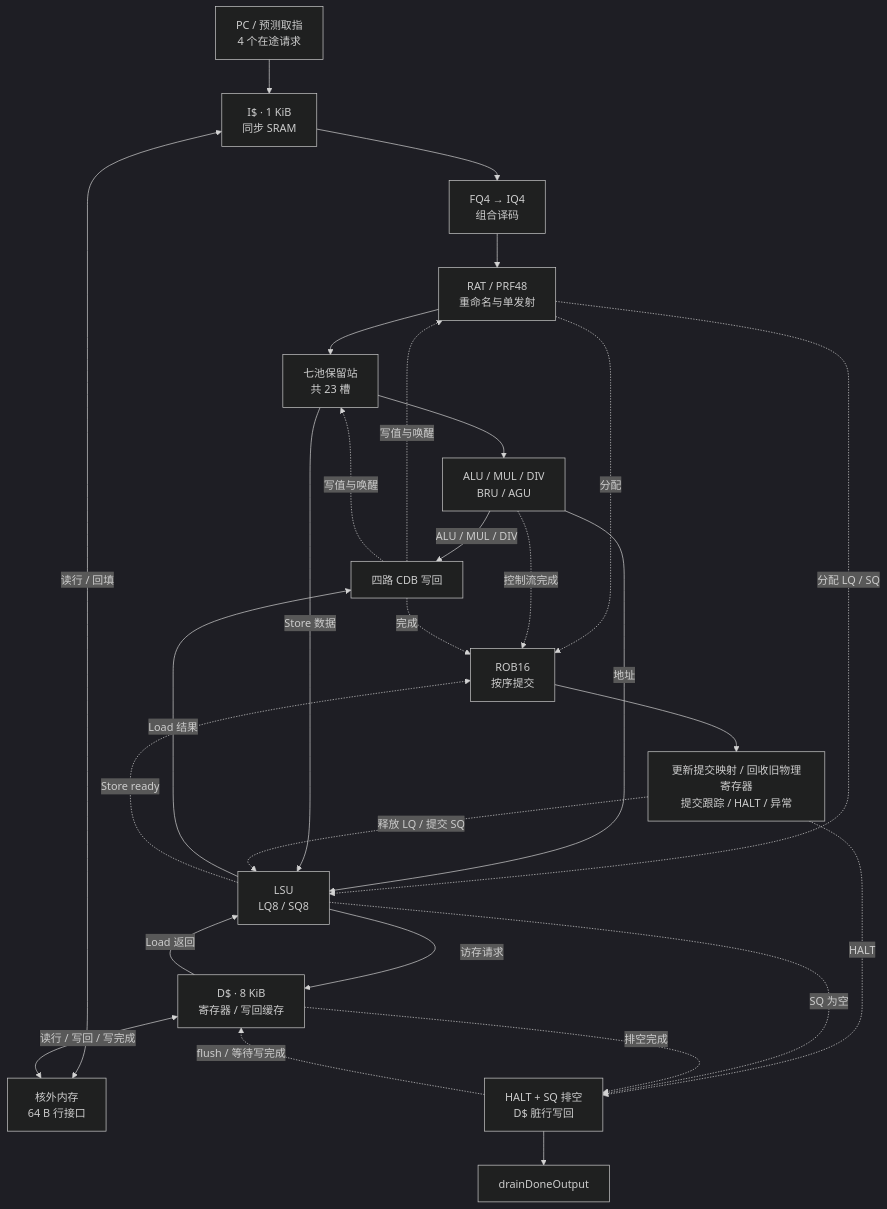
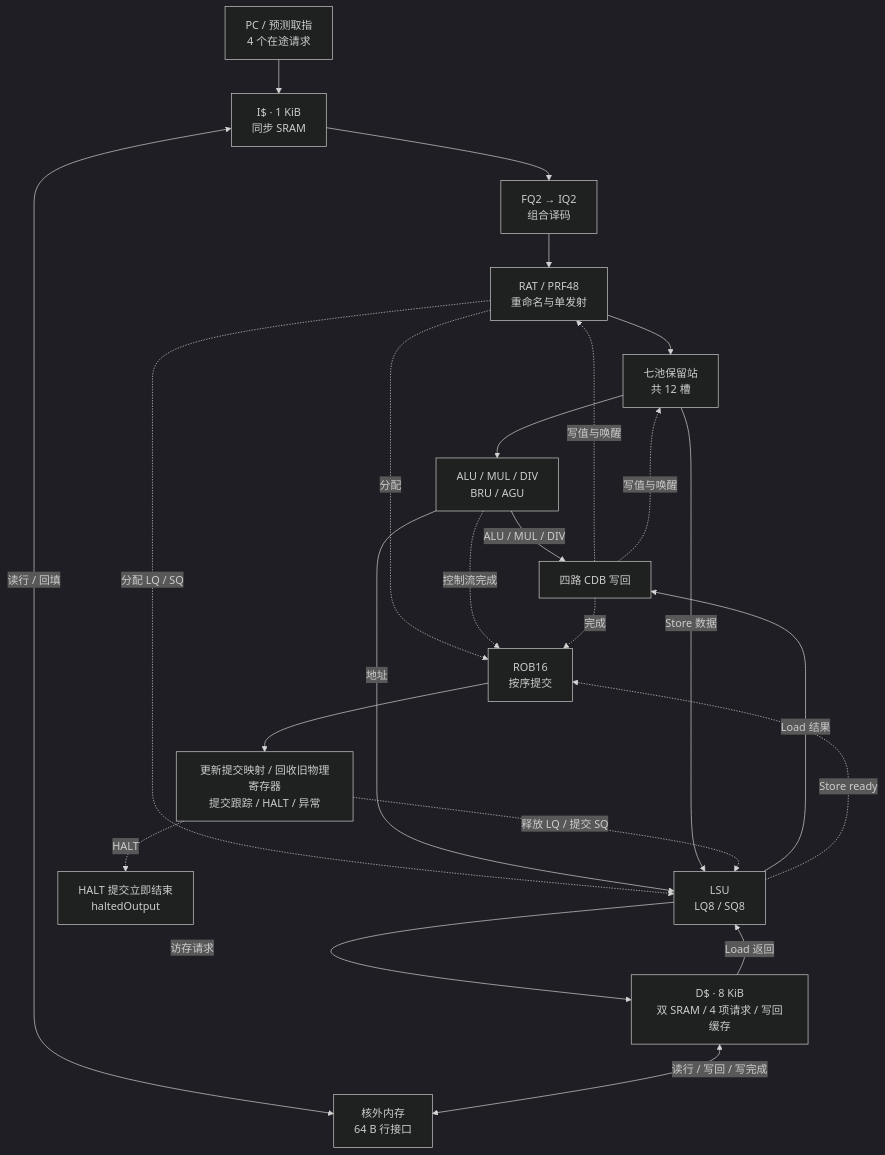
Before and after one commit to CPU-2026/RISC-V-CPU-2026: the first of 3 diagrams in README.md, drawn with Mermaid (dark theme). The commit also changed other lines of this file and 24 other files, not shown here.

````diff
--- a/README.md
+++ b/README.md
@@ -13,40 +15,35 @@
 ```mermaid
 flowchart TB
     FETCH["PC / 预测取指<br/>4 个在途请求"]
     IC["I$ · 1 KiB<br/>同步 SRAM"]
-    FRONT["FQ4 → IQ4<br/>组合译码"]
+    FRONT["FQ2 → IQ2<br/>组合译码"]
     ISSUE["RAT / PRF48<br/>重命名与单发射"]
-    RS["七池保留站<br/>共 23 槽"]
+    RS["七池保留站<br/>共 12 槽"]
     EXEC["ALU / MUL / DIV<br/>BRU / AGU"]
     WB["四路 CDB 写回"]
     ROB["ROB16<br/>按序提交"]
     COMMIT["更新提交映射 / 回收旧物理寄存器<br/>提交跟踪 / HALT / 异常"]
     LSU["LSU<br/>LQ8 / SQ8"]
-    DC["D$ · 8 KiB<br/>寄存器 / 写回缓存"]
+    DC["D$ · 8 KiB<br/>双 SRAM / 4 项请求 / 写回缓存"]
     MEM["核外内存<br/>64 B 行接口"]
-    DRAIN["HALT + SQ 排空<br/>D$ 脏行写回"]
-    DONE["drainDoneOutput"]
+    DONE["HALT 提交立即结束<br/>haltedOutput"]
 
     FETCH --> IC --> FRONT --> ISSUE --> RS --> EXEC
     ISSUE -.->|分配| ROB
     ISSUE -.->|分配 LQ / SQ| LSU
     EXEC -->|ALU / MUL / DIV| WB
     EXEC -->|地址| LSU
     RS -->|Store 数据| LSU
     EXEC -.->|控制流完成| ROB
     LSU -->|Load 结果| WB
     WB -.->|完成| ROB
     WB -.->|写值与唤醒| ISSUE & RS
     LSU -.->|Store ready| ROB
     ROB --> COMMIT
     COMMIT -.->|释放 LQ / 提交 SQ| LSU
     LSU -->|访存请求| DC
     DC -->|Load 返回| LSU
     IC <-->|读行 / 回填| MEM
     DC <-->|读行 / 写回 / 写完成| MEM
-    COMMIT -.->|HALT| DRAIN
-    LSU -.->|SQ 为空| DRAIN
-    DRAIN -.->|flush / 等待写完成| DC
-    DC -.->|排空完成| DRAIN
-    DRAIN --> DONE
+    COMMIT -.->|HALT| DONE
 ```
````
